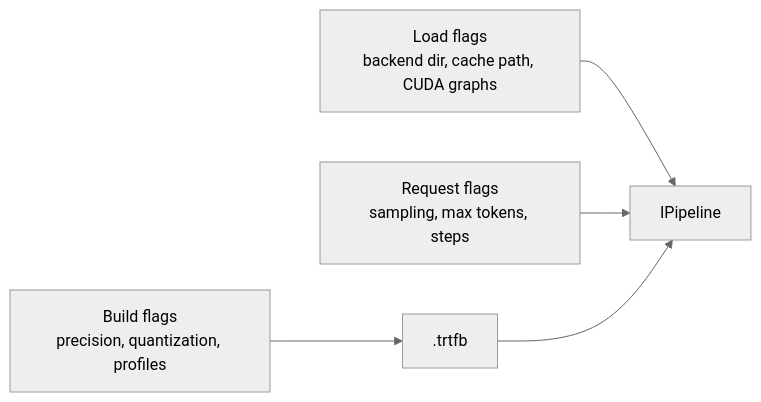
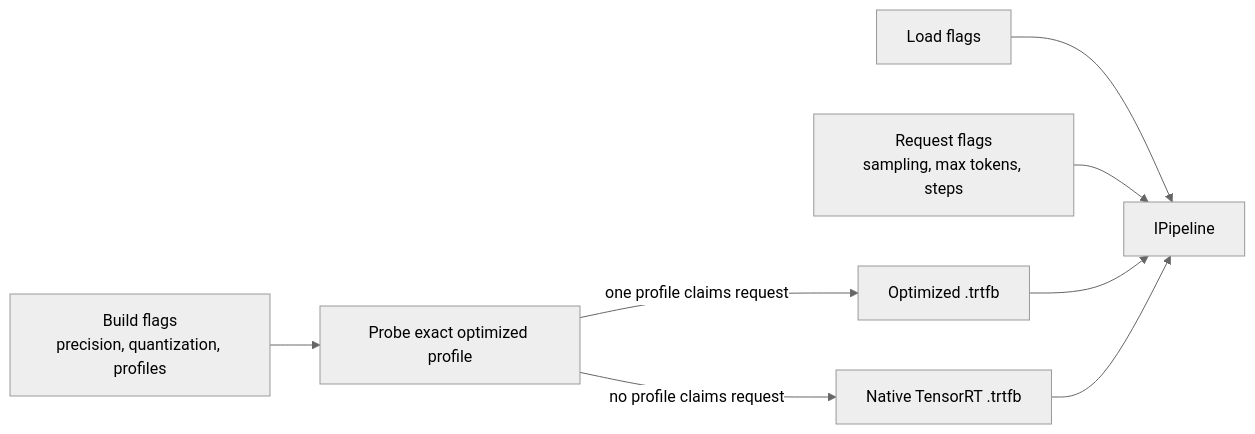
Before and after one commit to NVIDIA/TensorRT-Model-Connect: the first of 4 diagrams in website/docs/tutorials/advanced/quantization-and-runtime-knobs.md, drawn with Mermaid (neutral theme). The commit also changed other lines of this file and 76 other files, not shown here.

````diff
--- a/website/docs/tutorials/advanced/quantization-and-runtime-knobs.md
+++ b/website/docs/tutorials/advanced/quantization-and-runtime-knobs.md
@@ -13,7 +13,10 @@
 ```mermaid
 flowchart LR
-  BuildFlags["Build flags<br/>precision, quantization, profiles"] --> Bundle[".trtfb"]
-  RuntimeFlags["Load flags<br/>backend dir, cache path, CUDA graphs"] --> Pipeline["IPipeline"]
+  BuildFlags["Build flags<br/>precision, quantization, profiles"] --> Probe["Probe exact optimized profile"]
+  Probe -->|one profile claims request| Optimized["Optimized .trtfb"]
+  Probe -->|no profile claims request| Native["Native TensorRT .trtfb"]
+  RuntimeFlags["Load flags"] --> Pipeline["IPipeline"]
   RequestFlags["Request flags<br/>sampling, max tokens, steps"] --> Pipeline
-  Bundle --> Pipeline
+  Optimized --> Pipeline
+  Native --> Pipeline
 ```
````
